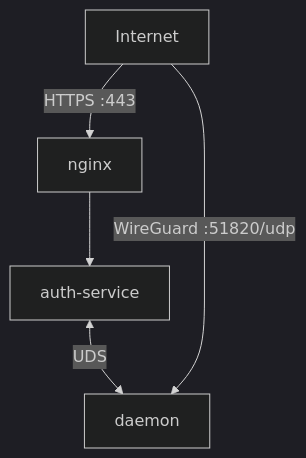
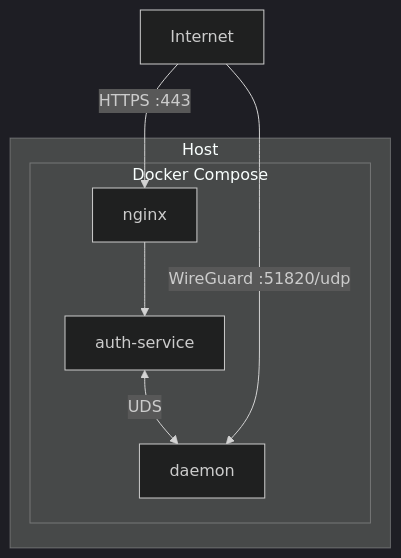
The diagram in README.md (ARAS-Workspace/phantom-wg), drawn with Mermaid (dark theme) before and after one commit. The commit also changed other lines of this file and 3 other files, not shown here.

````diff
--- a/README.md
+++ b/README.md
@@ -46,7 +32,17 @@
 ```mermaid
 flowchart
-    A[Internet] -->|"HTTPS :443"| B[nginx]
-    B --> C[auth-service]
-    C <-->|"UDS"| D[daemon]
+    A[Internet]
+
+    subgraph HOST["Host"]
+        subgraph DOCKER["Docker Compose"]
+            B["nginx"]
+            C["auth-service"]
+            D["daemon"]
+        end
+    end
+
+    A -->|"HTTPS :443"| B
+    B --> C
+    C <-->|"UDS"| D
     A -->|"WireGuard :51820/udp"| D
 ```
````
